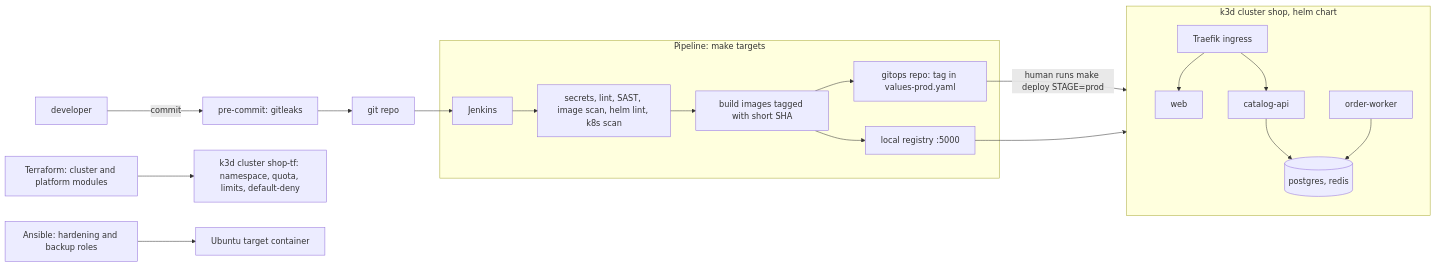
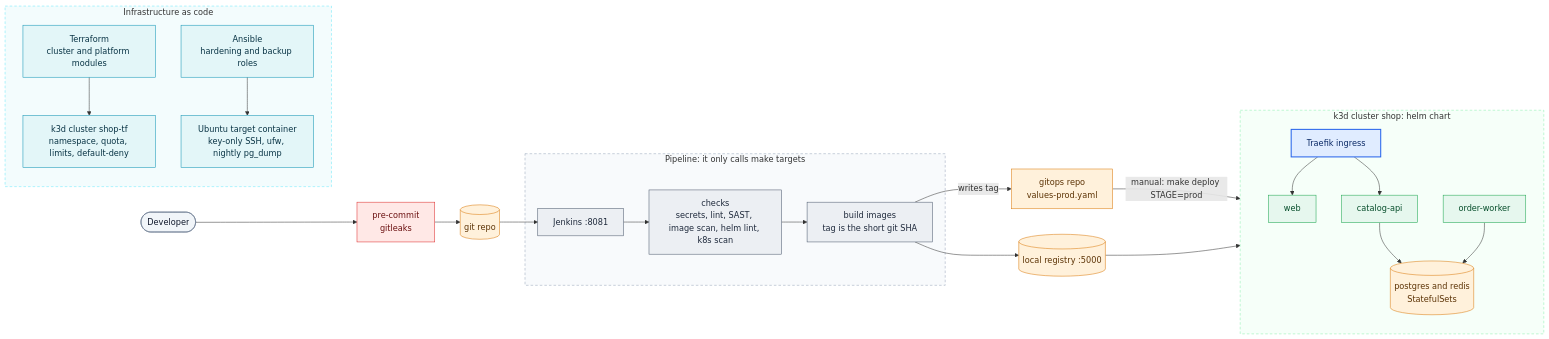
Before and after one commit to Tanvin2442002/SentinelShop: the second of 2 diagrams in docs/architecture.md, drawn with Mermaid. The commit also changed other lines of this file, not shown here.

Commit message:
docs(architecture): style the diagrams

````diff
--- a/docs/architecture.md
+++ b/docs/architecture.md
@@ -37,22 +70,40 @@
 ```mermaid
 flowchart LR
-  dev["developer"] -- commit --> hook["pre-commit: gitleaks"]
-  hook --> repo["git repo"]
-  repo --> jenkins["Jenkins"]
-  subgraph pipe["Pipeline: make targets"]
-    jenkins --> checks["secrets, lint, SAST, image scan, helm lint, k8s scan"]
-    checks --> build["build images tagged with short SHA"]
-    build --> reg["local registry :5000"]
-    build --> gitops["gitops repo: tag in values-prod.yaml"]
+  dev(["Developer"]):::ext --> hook["pre-commit<br/>gitleaks"]:::sec
+  hook --> repo[("git repo")]:::data
+  repo --> jenkins["Jenkins :8081"]:::ci
+
+  subgraph pipe["Pipeline: it only calls make targets"]
+    checks["checks<br/>secrets, lint, SAST, image scan, helm lint, k8s scan"]:::ci
+    build["build images<br/>tag is the short git SHA"]:::ci
+    jenkins --> checks --> build
   end
-  gitops -- "human runs make deploy STAGE=prod" --> cluster
+
+  build --> reg[("local registry :5000")]:::data
+  build -->|writes tag| gitops["gitops repo<br/>values-prod.yaml"]:::data
+  gitops -->|manual: make deploy STAGE=prod| cluster
   reg --> cluster
-  subgraph cluster["k3d cluster shop, helm chart"]
-    traefik["Traefik ingress"] --> kweb["web"]
-    traefik --> kapi["catalog-api"]
-    kapi --> kdata[("postgres, redis")]
-    kworker["order-worker"] --> kdata
+
+  subgraph cluster["k3d cluster shop: helm chart"]
+    traefik["Traefik ingress"]:::entry --> kweb["web"]:::svc
+    traefik --> kapi["catalog-api"]:::svc
+    kapi --> kdata[("postgres and redis<br/>StatefulSets")]:::data
+    kworker["order-worker"]:::svc --> kdata
   end
-  tf["Terraform: cluster and platform modules"] --> tfc["k3d cluster shop-tf: namespace, quota, limits, default-deny"]
-  ans["Ansible: hardening and backup roles"] --> target["Ubuntu target container"]
+
+  subgraph iac["Infrastructure as code"]
+    tf["Terraform<br/>cluster and platform modules"]:::iac --> tfc["k3d cluster shop-tf<br/>namespace, quota, limits, default-deny"]:::iac
+    ans["Ansible<br/>hardening and backup roles"]:::iac --> target["Ubuntu target container<br/>key-only SSH, ufw, nightly pg_dump"]:::iac
+  end
+
+  classDef ext fill:#f1f5f9,stroke:#64748b,color:#0f172a
+  classDef entry fill:#e0ecff,stroke:#2563eb,stroke-width:2px,color:#0b2a66
+  classDef svc fill:#e6f7ee,stroke:#16a34a,color:#064e2b
+  classDef data fill:#fff1db,stroke:#d97706,color:#5c3305
+  classDef sec fill:#ffe8e6,stroke:#dc2626,color:#6b1111
+  classDef ci fill:#eceff3,stroke:#475569,color:#1e293b
+  classDef iac fill:#e3f6f8,stroke:#0891b2,color:#083344
+  style pipe fill:#f8fafc,stroke:#94a3b8,stroke-dasharray:5 4
+  style cluster fill:#f6fff9,stroke:#86efac,stroke-dasharray:5 4
+  style iac fill:#f3fcfd,stroke:#67e8f9,stroke-dasharray:5 4
 ```
````
